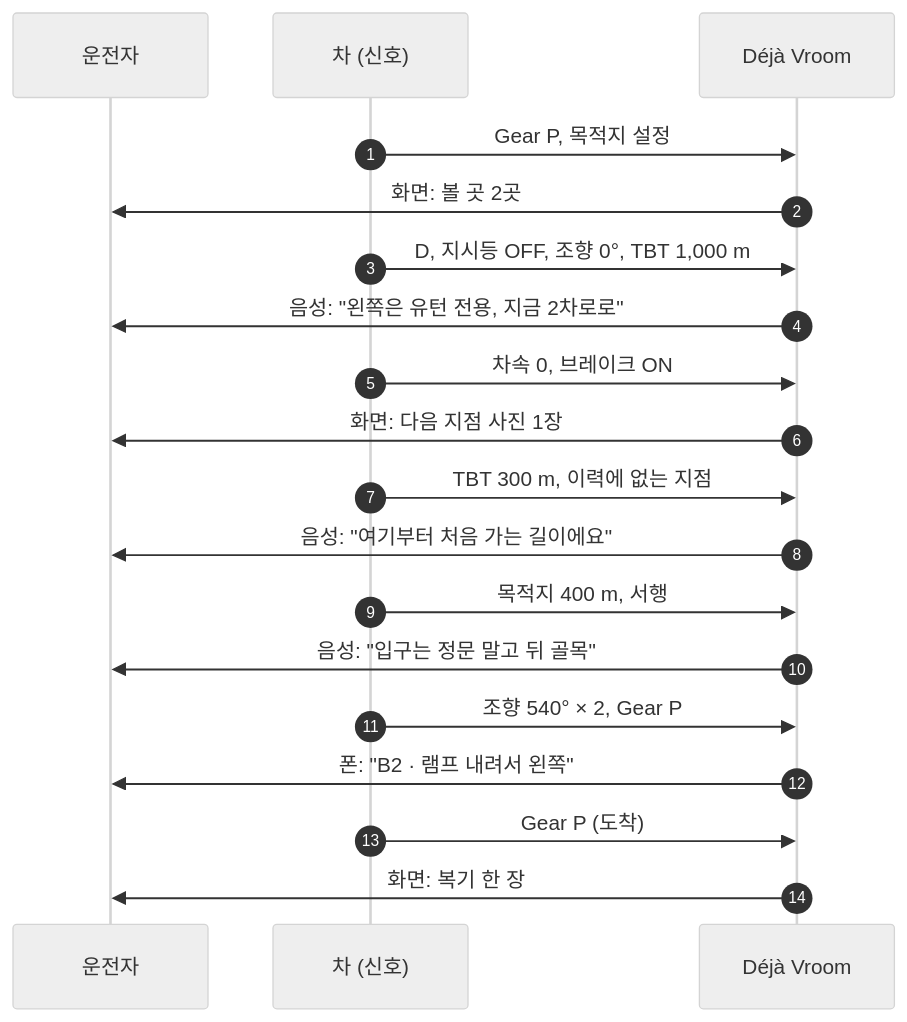
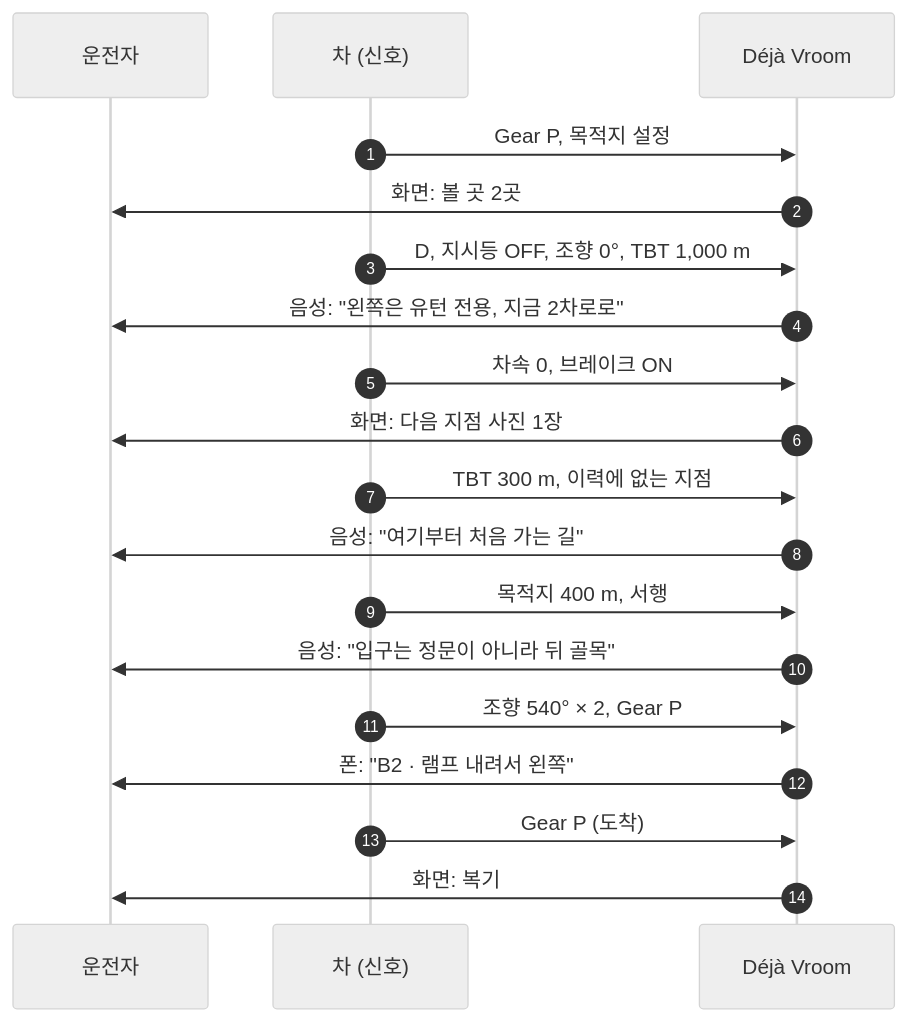
The diagram in docs/scenario.md (JoisFe/deja-vroom), drawn with Mermaid (neutral theme) before and after one commit. The commit also changed other lines of this file and 8 other files, not shown here.

````diff
--- a/docs/scenario.md
+++ b/docs/scenario.md
@@ -15,21 +15,21 @@
 ```mermaid
 sequenceDiagram
     autonumber
     participant D as 운전자
     participant C as 차 (신호)
     participant A as Déjà Vroom
     C->>A: Gear P, 목적지 설정
     A->>D: 화면: 볼 곳 2곳
     C->>A: D, 지시등 OFF, 조향 0°, TBT 1,000 m
     A->>D: 음성: "왼쪽은 유턴 전용, 지금 2차로로"
     C->>A: 차속 0, 브레이크 ON
     A->>D: 화면: 다음 지점 사진 1장
     C->>A: TBT 300 m, 이력에 없는 지점
-    A->>D: 음성: "여기부터 처음 가는 길이에요"
+    A->>D: 음성: "여기부터 처음 가는 길"
     C->>A: 목적지 400 m, 서행
-    A->>D: 음성: "입구는 정문 말고 뒤 골목"
+    A->>D: 음성: "입구는 정문이 아니라 뒤 골목"
     C->>A: 조향 540° × 2, Gear P
     A->>D: 폰: "B2 · 램프 내려서 왼쪽"
     C->>A: Gear P (도착)
-    A->>D: 화면: 복기 한 장
+    A->>D: 화면: 복기
 ```
````
